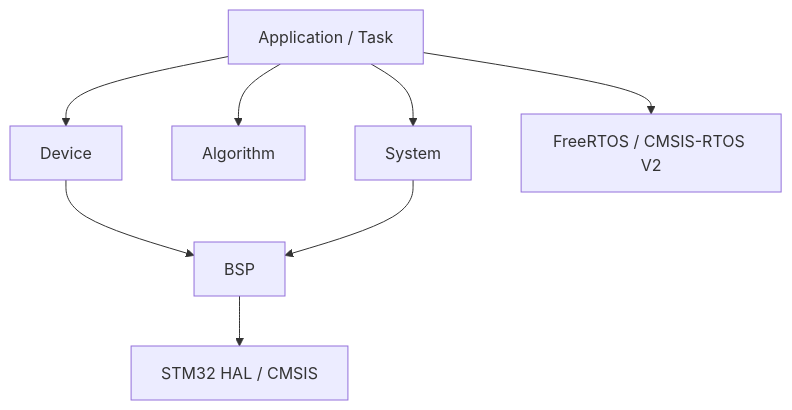
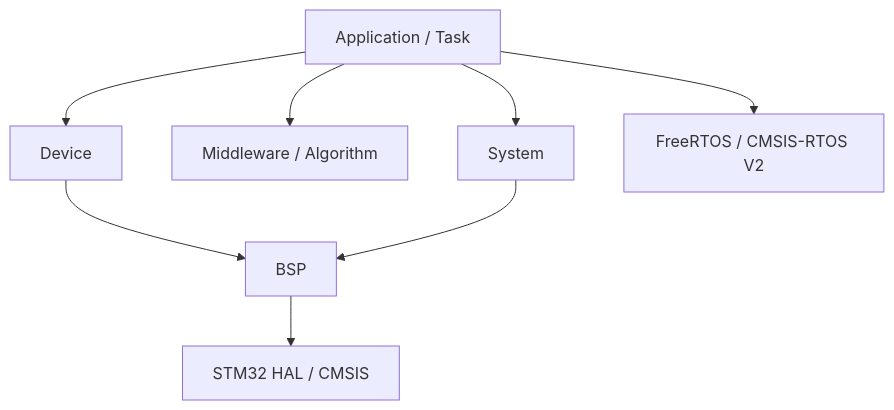
Before and after one commit to MermaidFAR/H7_BSP: the diagram in README.md, drawn with Mermaid. The commit also changed other lines of this file and 62 other files, not shown here.

````diff
--- a/README.md
+++ b/README.md
@@ -104,10 +115,10 @@
 ```mermaid
 graph TD
     App[Application / Task] --> Device[Device]
-    App --> Algorithm[Algorithm]
+    App --> Algorithm[Middleware / Algorithm]
     App --> System[System]
     Device --> BSP[BSP]
     System --> BSP
     BSP --> HAL[STM32 HAL / CMSIS]
     App --> RTOS[FreeRTOS / CMSIS-RTOS V2]
 ```
````
